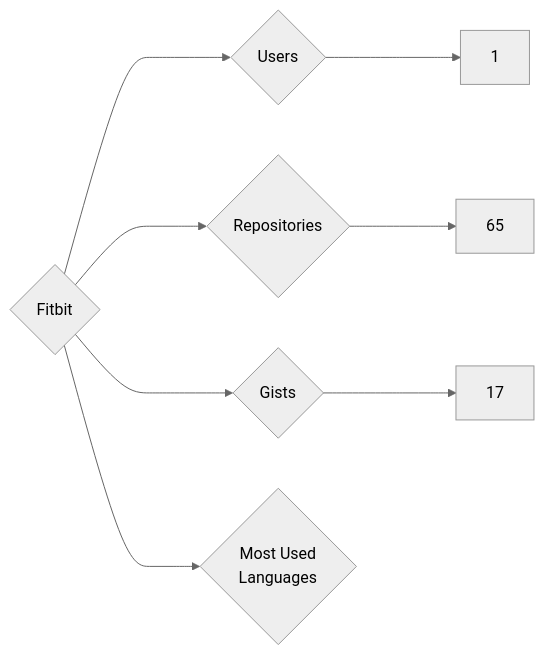
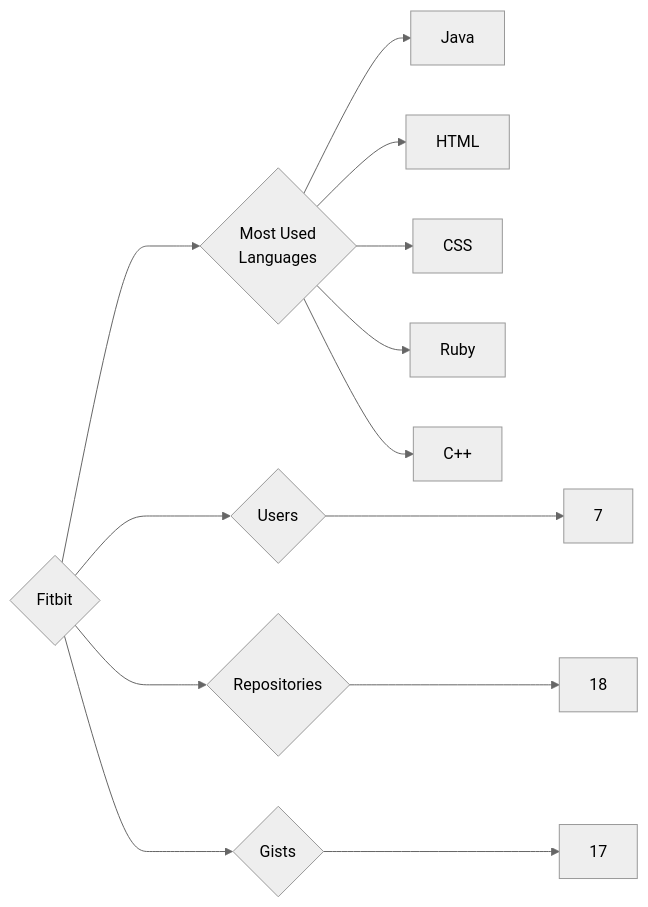
The diagram in targets/Fitbit/README.md (trickest/insiders), drawn with Mermaid (neutral theme) before and after one commit. The commit also changed 1078 other files, not shown here.

````diff
--- a/targets/Fitbit/README.md
+++ b/targets/Fitbit/README.md
@@ -3,8 +3,13 @@
 ```mermaid
 graph LR
 COMPANY_NAME{Fitbit}
-COMPANY_NAME ---> U{Users} ---> UN[1]
-COMPANY_NAME ---> R{Repositories} ---> RN[65]
+COMPANY_NAME ---> U{Users} ---> UN[7]
+COMPANY_NAME ---> R{Repositories} ---> RN[18]
 COMPANY_NAME ---> G{Gists} ---> GN[17]
 COMPANY_NAME ---> ML{Most Used<br>Languages}
+ML --> Java[Java]
+ML --> HTML[HTML]
+ML --> CSS[CSS]
+ML --> Ruby[Ruby]
+ML --> C++[C++]
 ```
````
